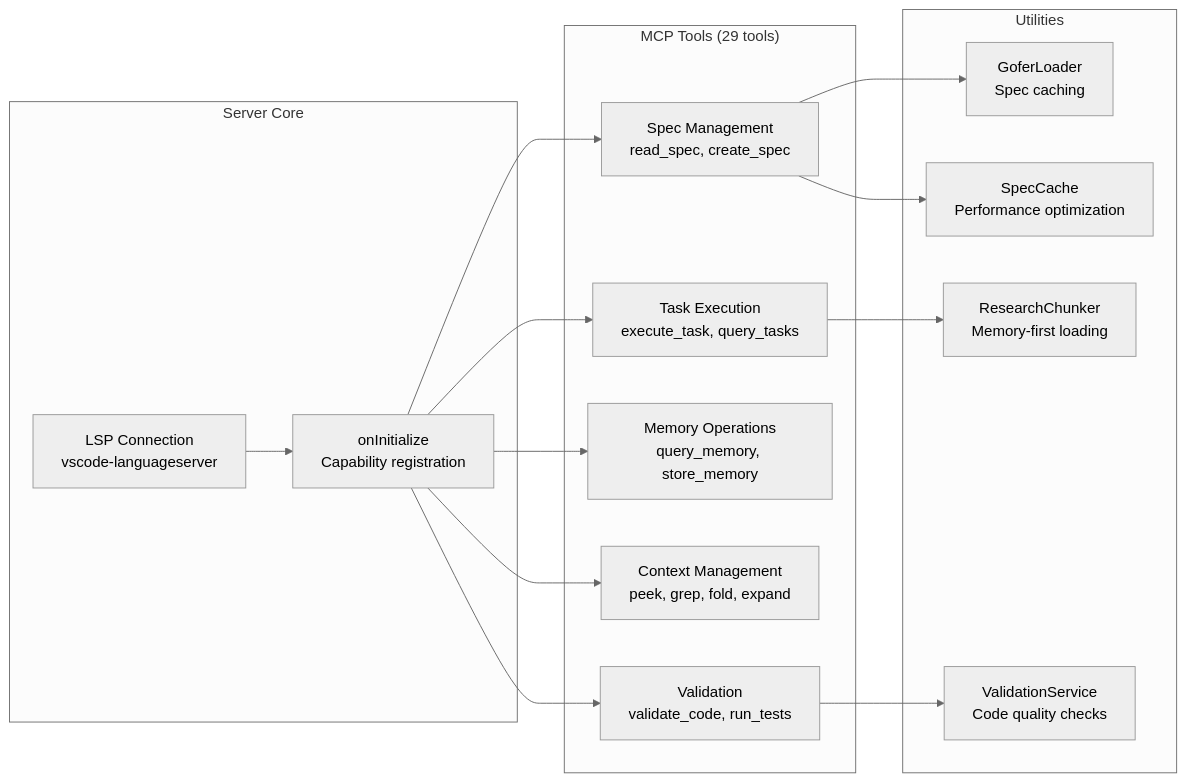
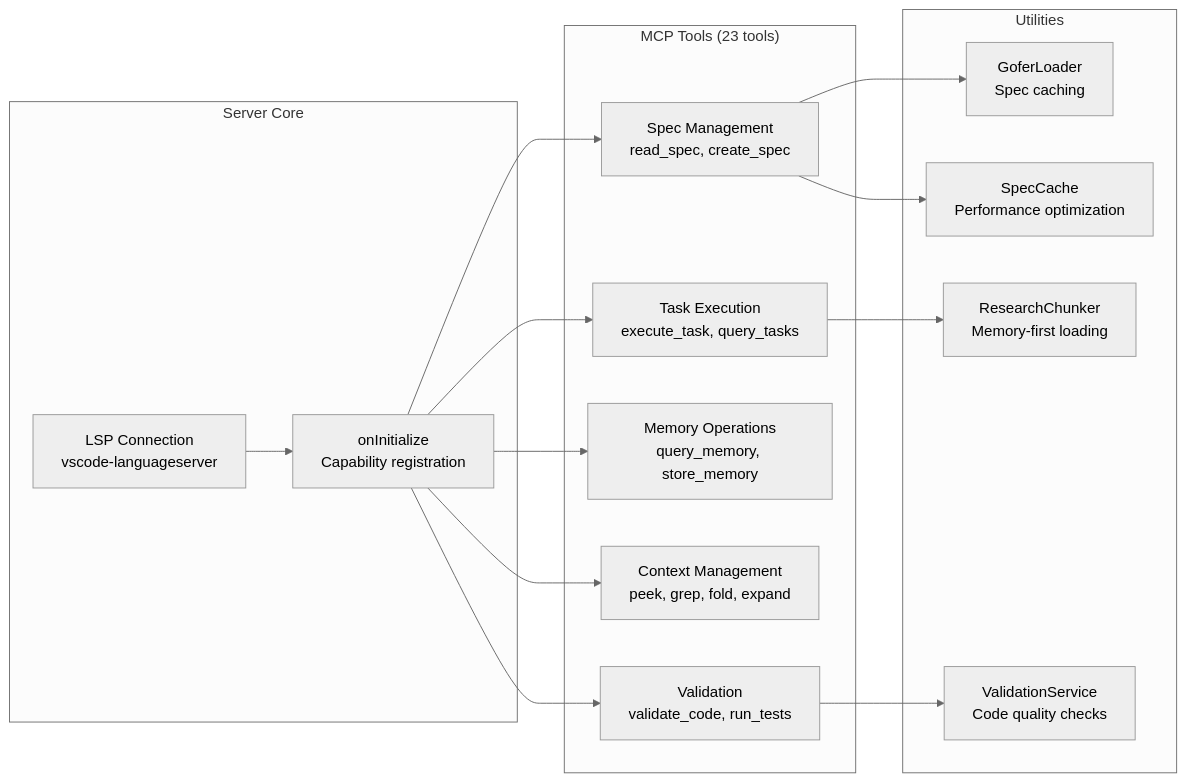
One commit to eai-tools/eai-gofer changed the fourth of 6 diagrams in .tech-docs/architecture.md. Above: the diagram before and after it, drawn with Mermaid (neutral theme). The commit also changed other lines of this file and 11 other files, not shown here.

````diff
--- a/.tech-docs/architecture.md
+++ b/.tech-docs/architecture.md
@@ -177,34 +177,34 @@
 ```mermaid
 flowchart LR
     subgraph "Server Core"
         Connection["LSP Connection<br/>vscode-languageserver"]
         Init["onInitialize<br/>Capability registration"]
     end
     
-    subgraph "MCP Tools (29 tools)"
+    subgraph "MCP Tools (23 tools)"
         SpecTools["Spec Management<br/>read_spec, create_spec"]
         TaskTools["Task Execution<br/>execute_task, query_tasks"]
         MemoryTools["Memory Operations<br/>query_memory, store_memory"]
         ContextTools["Context Management<br/>peek, grep, fold, expand"]
         ValidationTools["Validation<br/>validate_code, run_tests"]
     end
     
     subgraph "Utilities"
         GoferLoader["GoferLoader<br/>Spec caching"]
         SpecCache["SpecCache<br/>Performance optimization"]
         ResearchChunker["ResearchChunker<br/>Memory-first loading"]
         ValidationSvc["ValidationService<br/>Code quality checks"]
     end
     
     Connection --> Init
     Init --> SpecTools
     Init --> TaskTools
     Init --> MemoryTools
     Init --> ContextTools
     Init --> ValidationTools
     
     SpecTools --> GoferLoader
     SpecTools --> SpecCache
     TaskTools --> ResearchChunker
     ValidationTools --> ValidationSvc
 ```
````
